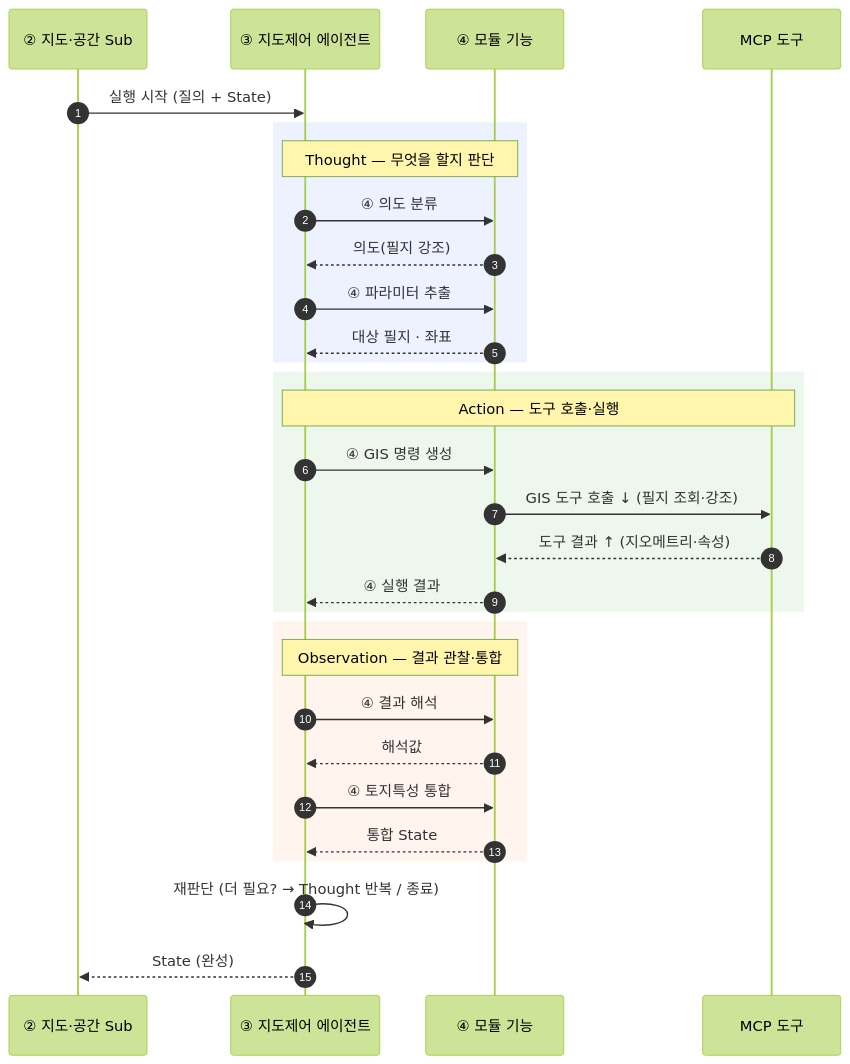
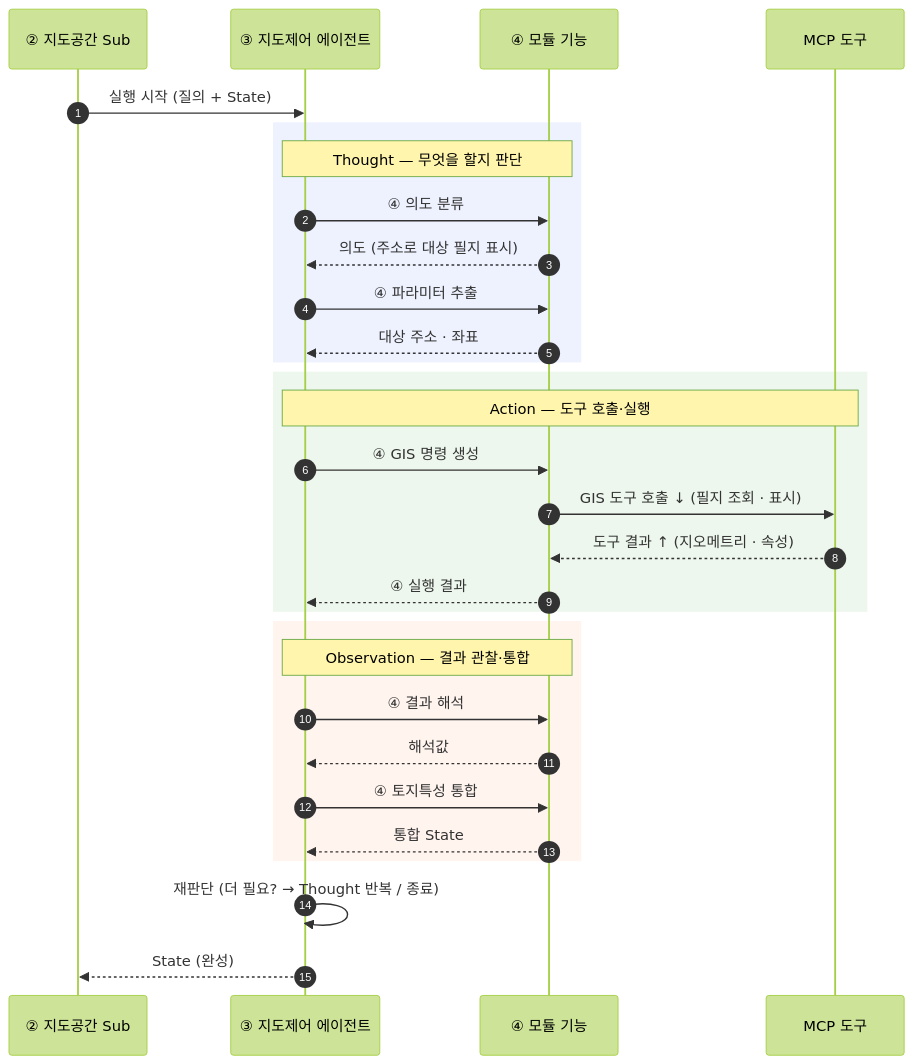
One commit to madlrengg100/permit-copilot changed the sixth of 8 diagrams in docs/MCP-AGENT-SEQUENCE1.md. Above: the diagram before and after it, drawn with Mermaid (forest theme). The commit also changed other lines of this file and 1 other file, not shown here.

````diff
--- a/docs/MCP-AGENT-SEQUENCE1.md
+++ b/docs/MCP-AGENT-SEQUENCE1.md
@@ -190,37 +325,37 @@
 ```mermaid
 sequenceDiagram
     autonumber
-    participant SO as ② 지도·공간 Sub
+    participant SO as ② 지도공간 Sub
     participant AG as ③ 지도제어 에이전트
     participant MO as ④ 모듈 기능
     participant T as MCP 도구
 
     SO->>AG: 실행 시작 (질의 + State)
 
     rect rgb(238,242,255)
     Note over AG,MO: Thought — 무엇을 할지 판단
     AG->>MO: ④ 의도 분류
-    MO-->>AG: 의도(필지 강조)
+    MO-->>AG: 의도 (주소로 대상 필지 표시)
     AG->>MO: ④ 파라미터 추출
-    MO-->>AG: 대상 필지 · 좌표
+    MO-->>AG: 대상 주소 · 좌표
     end
 
     rect rgb(237,247,237)
     Note over AG,T: Action — 도구 호출·실행
     AG->>MO: ④ GIS 명령 생성
-    MO->>T: GIS 도구 호출 ↓ (필지 조회·강조)
-    T-->>MO: 도구 결과 ↑ (지오메트리·속성)
+    MO->>T: GIS 도구 호출 ↓ (필지 조회 · 표시)
+    T-->>MO: 도구 결과 ↑ (지오메트리 · 속성)
     MO-->>AG: ④ 실행 결과
     end
 
     rect rgb(255,244,238)
     Note over AG,MO: Observation — 결과 관찰·통합
     AG->>MO: ④ 결과 해석
     MO-->>AG: 해석값
     AG->>MO: ④ 토지특성 통합
     MO-->>AG: 통합 State
     end
 
     AG->>AG: 재판단 (더 필요? → Thought 반복 / 종료)
     AG-->>SO: State (완성)
 ```
````
